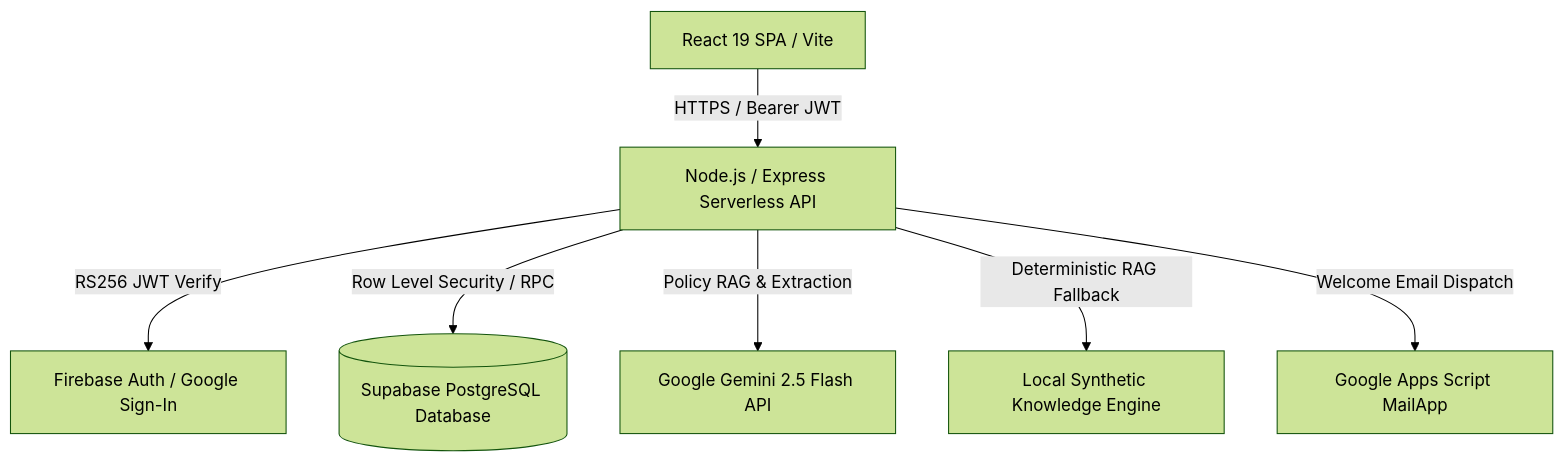
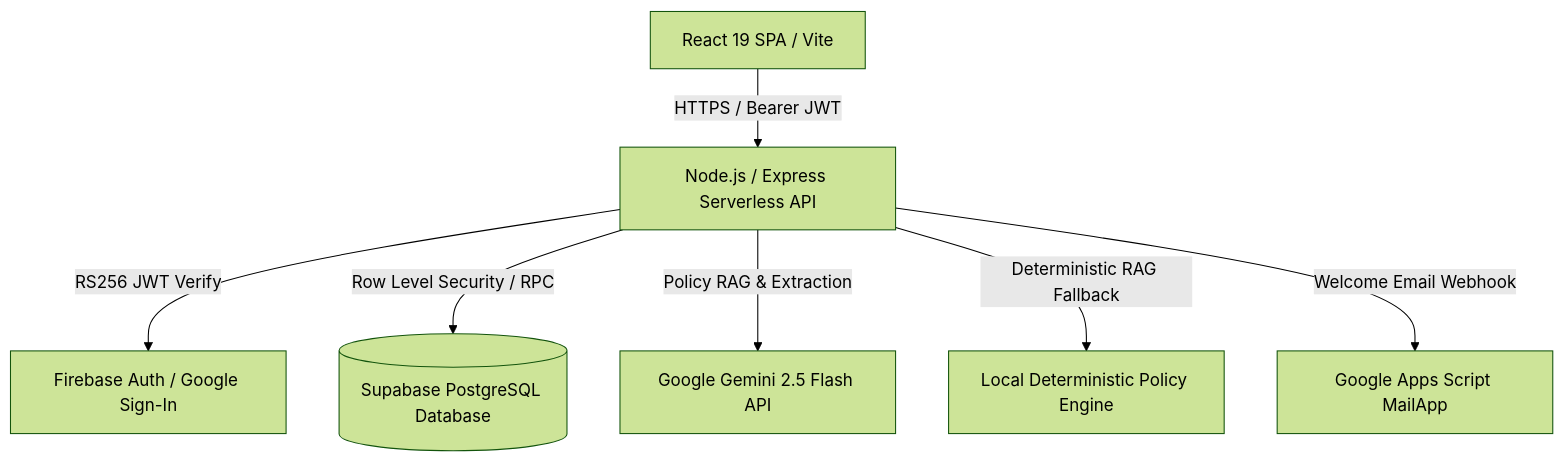
One commit to dandetejaswini/CampusResolve-AI changed the diagram in docs/ARCHITECTURE_AND_DESIGN_DECISIONS.md. Above: the diagram before and after it, drawn with Mermaid (forest theme). The commit also changed other lines of this file and 13 other files, not shown here.

Commit message:
feat: enforce role-based workspace view, add instant demo accounts, fix AI policy assistant fallback, and consolidate documentation

````diff
--- a/docs/ARCHITECTURE_AND_DESIGN_DECISIONS.md
+++ b/docs/ARCHITECTURE_AND_DESIGN_DECISIONS.md
@@ -23,9 +29,9 @@
 ```mermaid
 graph TD
     Client[React 19 SPA / Vite] -->|HTTPS / Bearer JWT| Server[Node.js / Express Serverless API]
     Server -->|RS256 JWT Verify| FB[Firebase Auth / Google Sign-In]
     Server -->|Row Level Security / RPC| SB[(Supabase PostgreSQL Database)]
     Server -->|Policy RAG & Extraction| Gemini[Google Gemini 2.5 Flash API]
-    Server -->|Deterministic RAG Fallback| Fallback[Local Synthetic Knowledge Engine]
-    Server -->|Welcome Email Dispatch| GAS[Google Apps Script MailApp]
+    Server -->|Deterministic RAG Fallback| Fallback[Local Deterministic Policy Engine]
+    Server -->|Welcome Email Webhook| GAS[Google Apps Script MailApp]
 ```
````
